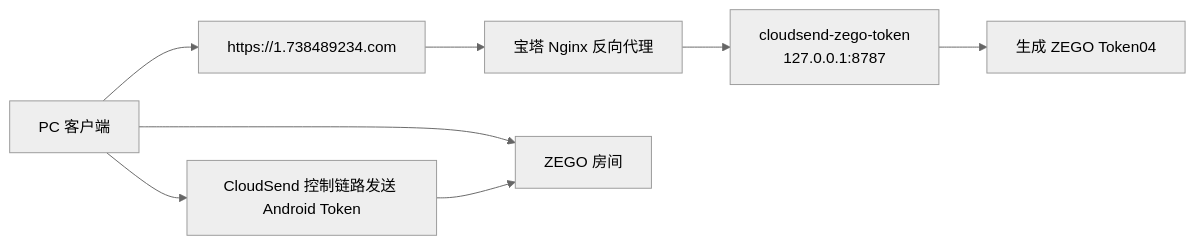
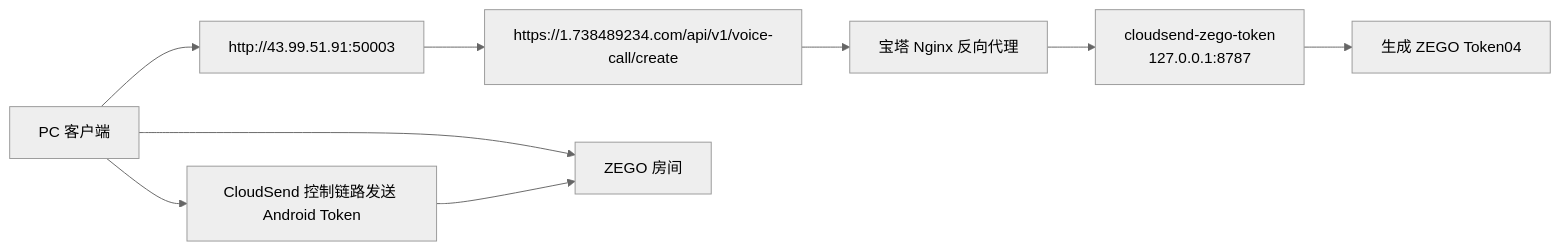
One commit to Super-Build/Cloudsend changed the diagram in docs/ZEGO_TOKEN_SERVICE_DEPLOYMENT.md. Above: the diagram before and after it, drawn with Mermaid (neutral theme). The commit also changed other lines of this file and 5 other files, not shown here.

````diff
--- a/docs/ZEGO_TOKEN_SERVICE_DEPLOYMENT.md
+++ b/docs/ZEGO_TOKEN_SERVICE_DEPLOYMENT.md
@@ -24,10 +40,11 @@
 ```mermaid
 flowchart LR
-    PC["PC 客户端"] --> Domain["https://1.738489234.com"]
+    PC["PC 客户端"] --> Proxy["http://43.99.51.91:50003"]
+    Proxy --> Domain["https://1.738489234.com/api/v1/voice-call/create"]
     Domain --> Nginx["宝塔 Nginx 反向代理"]
     Nginx --> Go["cloudsend-zego-token<br/>127.0.0.1:8787"]
     Go --> Token["生成 ZEGO Token04"]
     PC --> Android["CloudSend 控制链路发送 Android Token"]
     PC --> Zego["ZEGO 房间"]
     Android --> Zego
 ```
````
